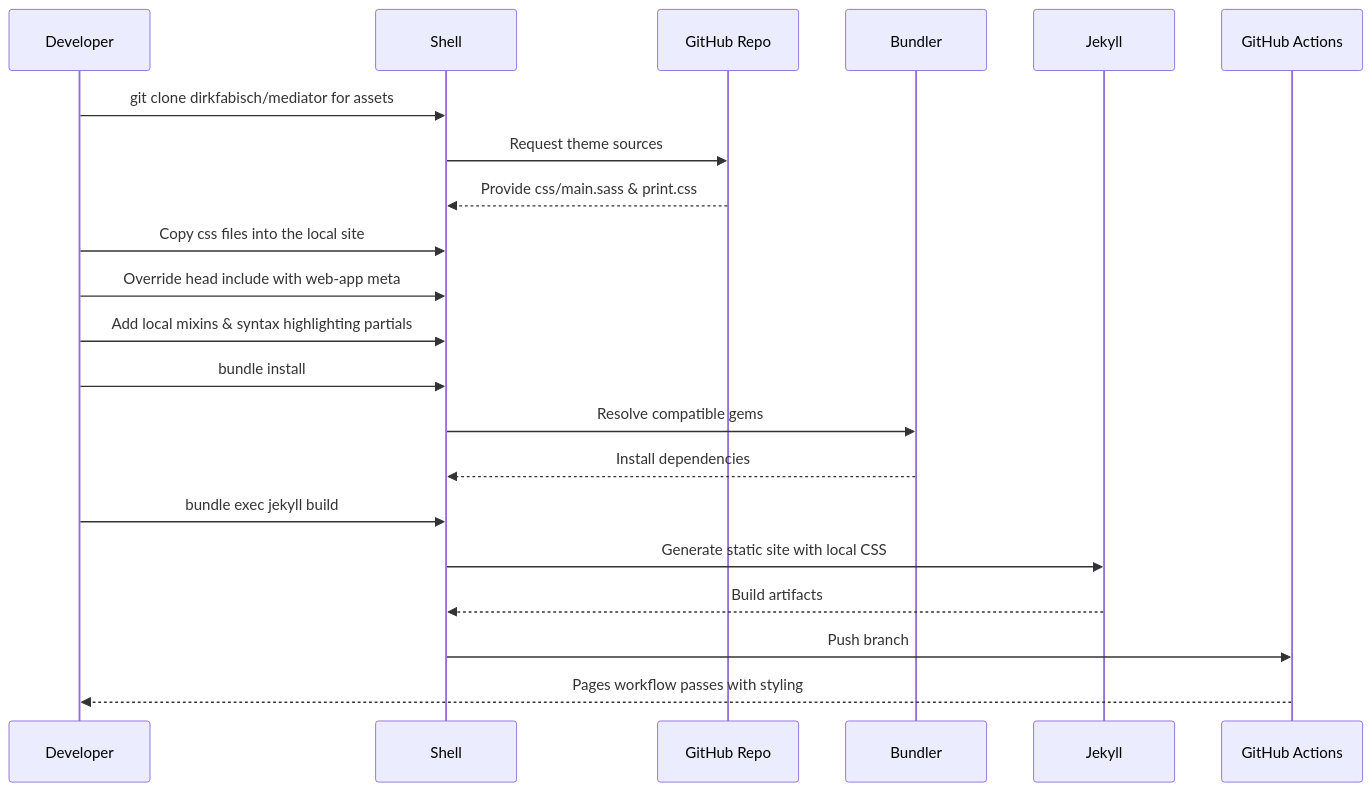
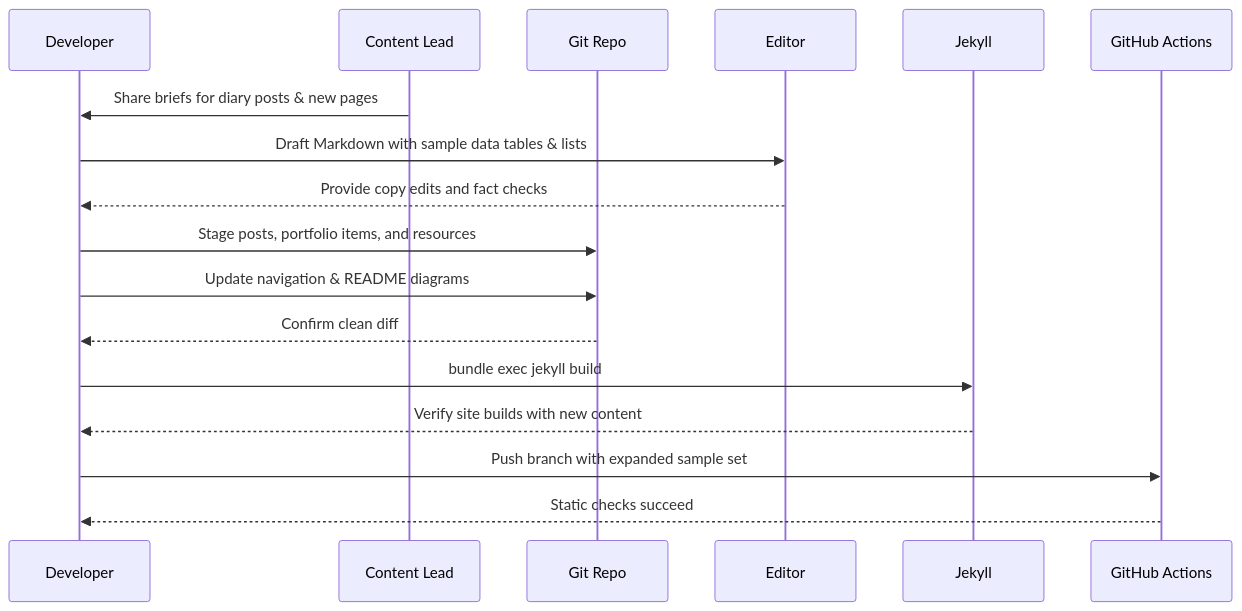
The third of 6 diagrams in README.md (muyueh/Jekyll), drawn with Mermaid before and after one commit. The commit also changed other lines of this file and 15 other files, not shown here.

Commit message:
Expand sample content and navigation

````diff
--- a/README.md
+++ b/README.md
@@ -37,24 +39,20 @@
 ```mermaid
 sequenceDiagram
     participant Dev as Developer
-    participant Shell
-    participant GitHub as GitHub Repo
-    participant Bundler
+    participant Content as Content Lead
+    participant Repo as Git Repo
+    participant Editor
     participant Jekyll
     participant Actions as GitHub Actions
 
-    Dev->>Shell: git clone dirkfabisch/mediator for assets
-    Shell->>GitHub: Request theme sources
-    GitHub-->>Shell: Provide css/main.sass & print.css
-    Dev->>Shell: Copy css files into the local site
-    Dev->>Shell: Override head include with web-app meta
-    Dev->>Shell: Add local mixins & syntax highlighting partials
-    Dev->>Shell: bundle install
-    Shell->>Bundler: Resolve compatible gems
-    Bundler-->>Shell: Install dependencies
-    Dev->>Shell: bundle exec jekyll build
-    Shell->>Jekyll: Generate static site with local CSS
-    Jekyll-->>Shell: Build artifacts
-    Shell->>Actions: Push branch
-    Actions-->>Dev: Pages workflow passes with styling
+    Content->>Dev: Share briefs for diary posts & new pages
+    Dev->>Editor: Draft Markdown with sample data tables & lists
+    Editor-->>Dev: Provide copy edits and fact checks
+    Dev->>Repo: Stage posts, portfolio items, and resources
+    Dev->>Repo: Update navigation & README diagrams
+    Repo-->>Dev: Confirm clean diff
+    Dev->>Jekyll: bundle exec jekyll build
+    Jekyll-->>Dev: Verify site builds with new content
+    Dev->>Actions: Push branch with expanded sample set
+    Actions-->>Dev: Static checks succeed
 ```
````
